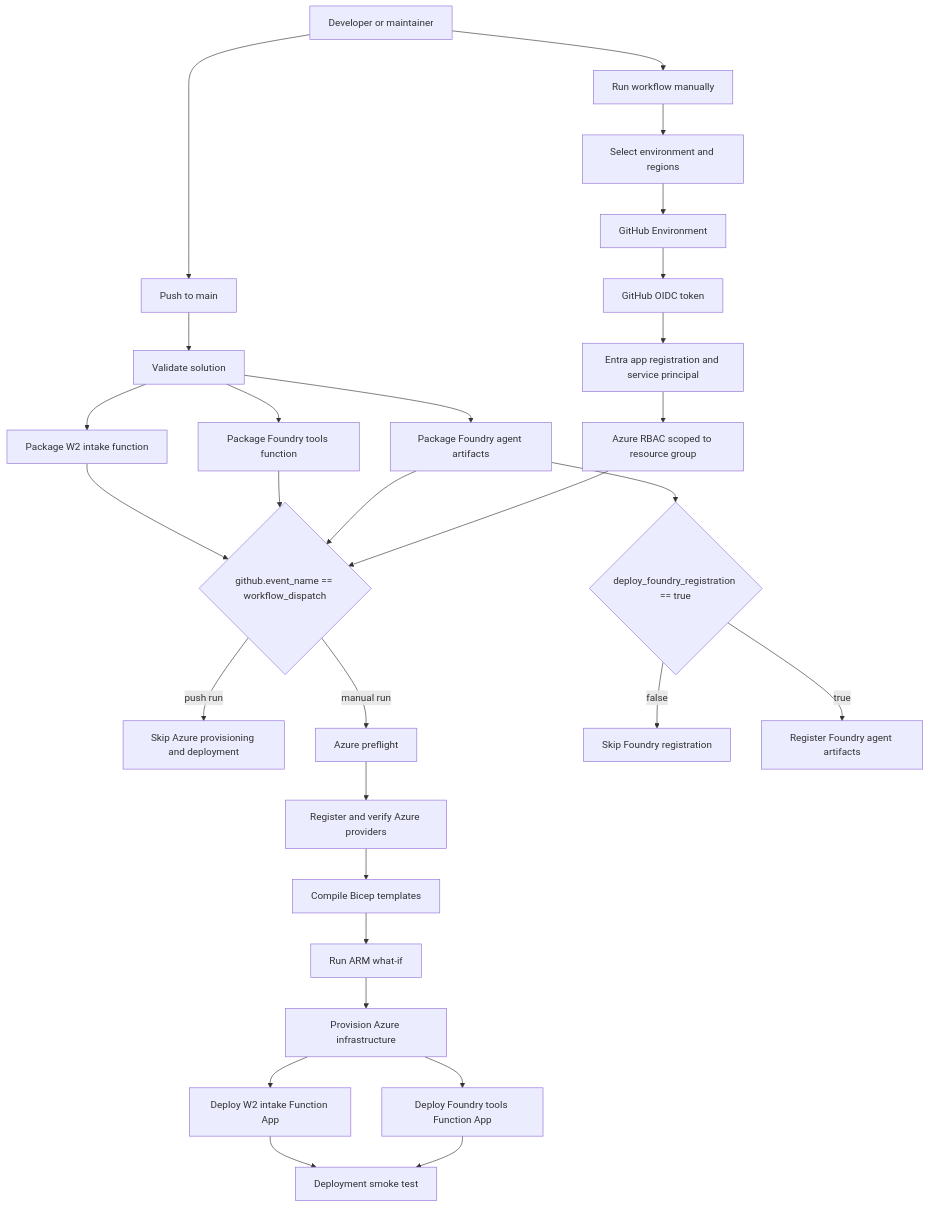
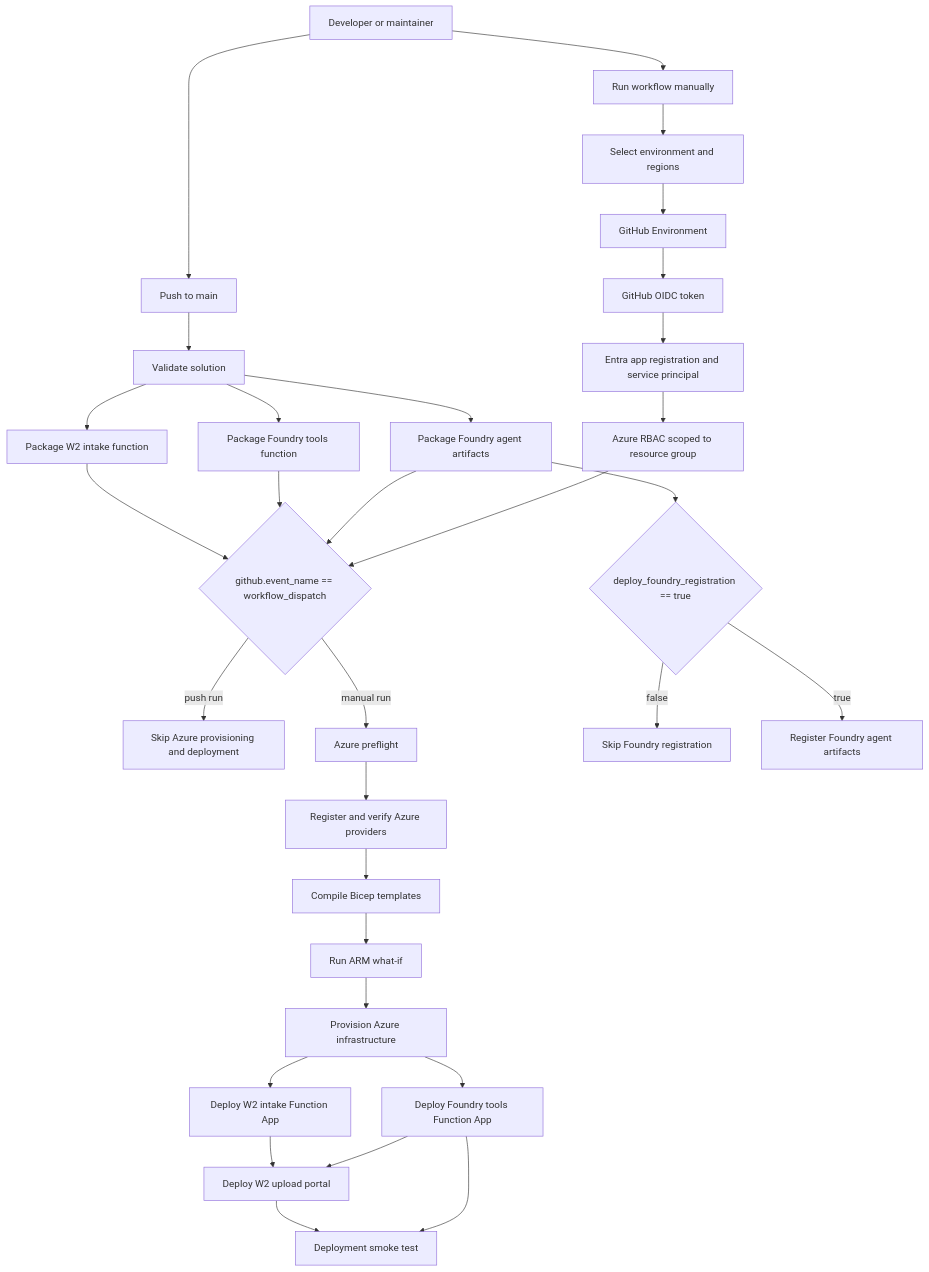
The diagram in docs/github-actions-deployment.md (fluxionpartners/agentic-processing-platform), drawn with Mermaid before and after one commit. The commit also changed other lines of this file and 25 other files, not shown here.

Commit message:
feat: add async W2 portal processing flow

````diff
--- a/docs/github-actions-deployment.md
+++ b/docs/github-actions-deployment.md
@@ -29,36 +30,38 @@
 ```mermaid
 flowchart TD
   Dev["Developer or maintainer"] --> Push["Push to main"]
   Dev --> Manual["Run workflow manually"]
 
   Push --> Validate["Validate solution"]
   Validate --> PackageW2["Package W2 intake function"]
   Validate --> PackageTools["Package Foundry tools function"]
   Validate --> PackageAgent["Package Foundry agent artifacts"]
 
   Manual --> Inputs["Select environment and regions"]
   Inputs --> Env["GitHub Environment"]
   Env --> OIDC["GitHub OIDC token"]
   OIDC --> Entra["Entra app registration and service principal"]
   Entra --> AzureRBAC["Azure RBAC scoped to resource group"]
 
   PackageW2 --> InfraGate{"github.event_name == workflow_dispatch"}
   PackageTools --> InfraGate
   PackageAgent --> InfraGate
   AzureRBAC --> InfraGate
 
   InfraGate -- "push run" --> SkipDeploy["Skip Azure provisioning and deployment"]
   InfraGate -- "manual run" --> Preflight["Azure preflight"]
 
   Preflight --> Providers["Register and verify Azure providers"]
   Providers --> Compile["Compile Bicep templates"]
   Compile --> WhatIf["Run ARM what-if"]
   WhatIf --> Provision["Provision Azure infrastructure"]
   Provision --> DeployW2["Deploy W2 intake Function App"]
   Provision --> DeployTools["Deploy Foundry tools Function App"]
-  DeployW2 --> Smoke["Deployment smoke test"]
+  DeployW2 --> DeployPortal["Deploy W2 upload portal"]
+  DeployTools --> DeployPortal
+  DeployPortal --> Smoke["Deployment smoke test"]
   DeployTools --> Smoke
   PackageAgent --> FoundryGate{"deploy_foundry_registration == true"}
   FoundryGate -- "false" --> SkipFoundry["Skip Foundry registration"]
   FoundryGate -- "true" --> RegisterFoundry["Register Foundry agent artifacts"]
 ```
````
